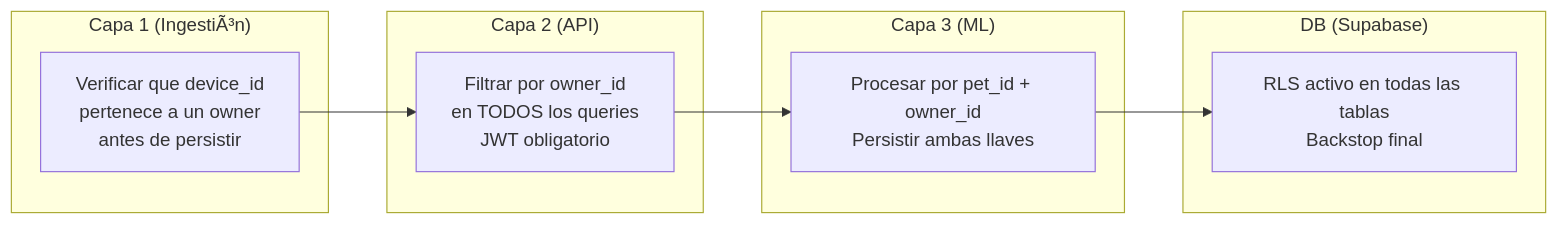
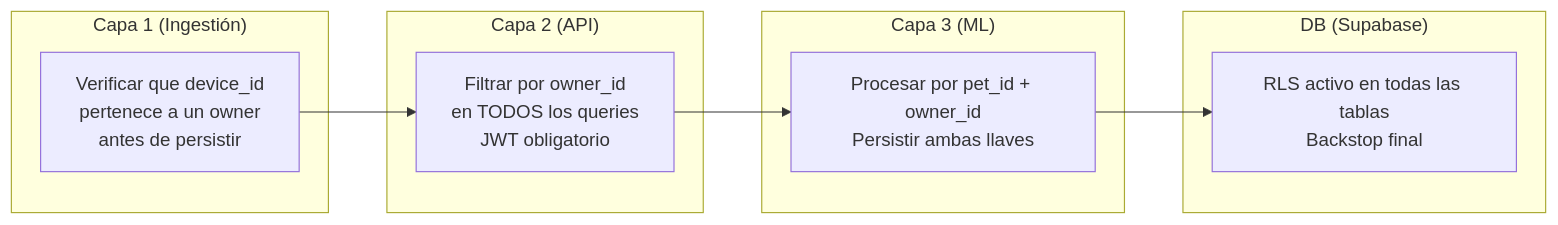
Before and after one commit to kittypau-mascotas/kittypau_2026: the sixth of 6 diagrams in Docs/archive/analitica/KittyPau_Arquitectura_Datos_v3.md, drawn with Mermaid. The commit also changed other lines of this file and 344 other files, not shown here.

````diff
--- a/Docs/archive/analitica/KittyPau_Arquitectura_Datos_v3.md
+++ b/Docs/archive/analitica/KittyPau_Arquitectura_Datos_v3.md
@@ -897,16 +897,16 @@
 ```mermaid
 graph LR
-    subgraph "Capa 1 (IngestiÃ³n)"
+    subgraph "Capa 1 (Ingestión)"
         C1V[Verificar que device_id\npertenece a un owner\nantes de persistir]
     end
     subgraph "Capa 2 (API)"
         C2V[Filtrar por owner_id\nen TODOS los queries\nJWT obligatorio]
     end
     subgraph "Capa 3 (ML)"
         C3V[Procesar por pet_id + owner_id\nPersistir ambas llaves]
     end
     subgraph "DB (Supabase)"
         RLS[RLS activo en todas las tablas\nBackstop final]
     end
     C1V --> C2V --> C3V --> RLS
 ```
````
